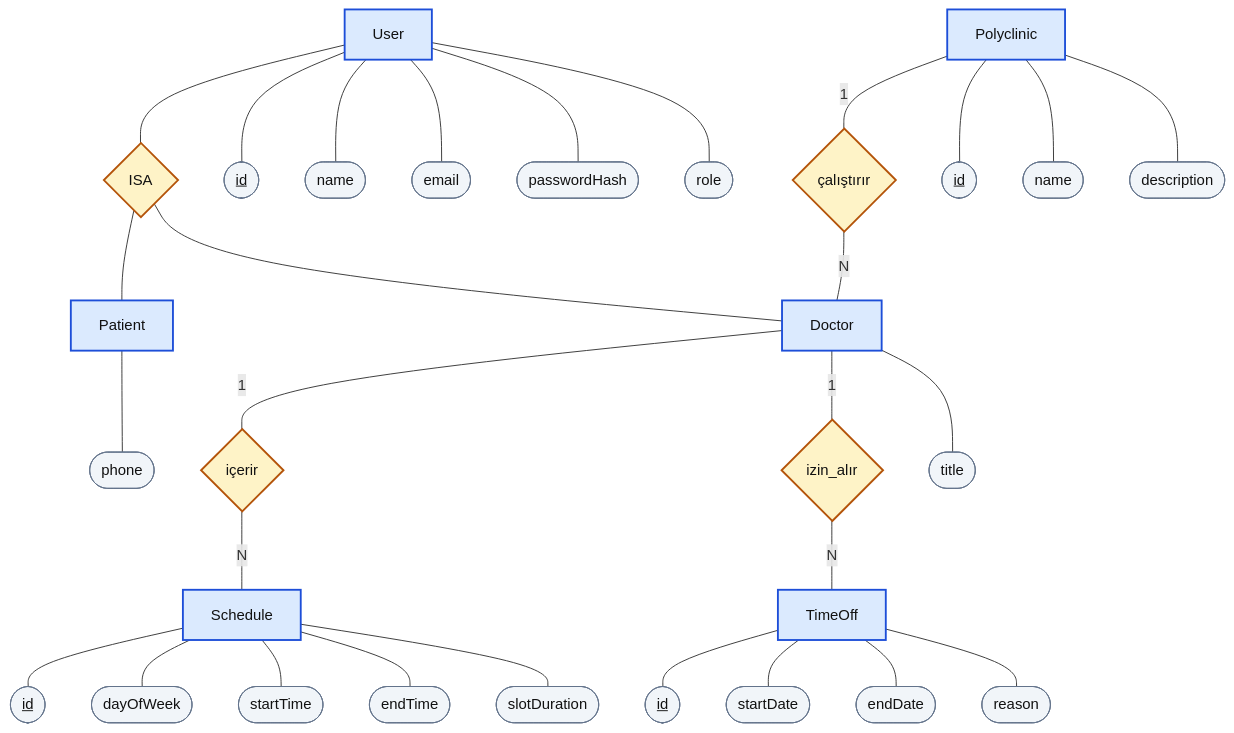
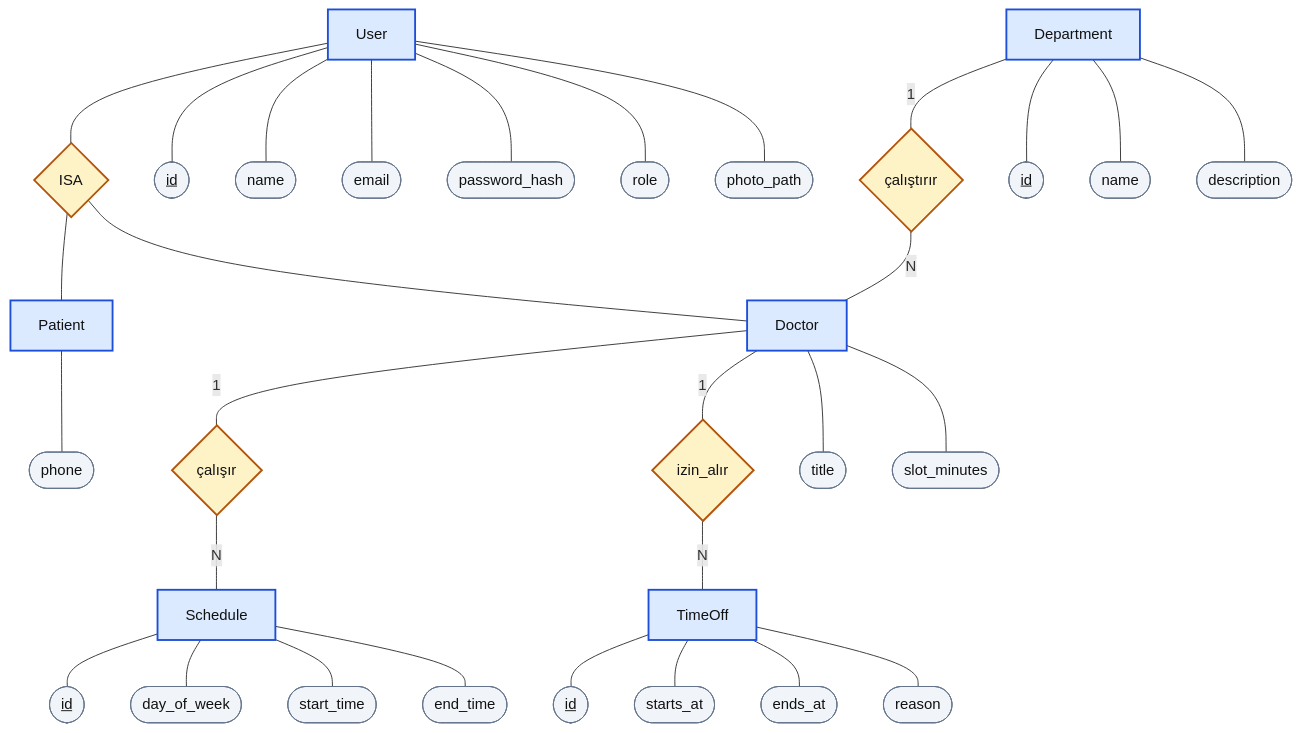
The fifth of 6 diagrams in docs/tasarim.md (denizugurgenc02/clinic-appointment-system), drawn with Mermaid before and after one commit. The commit also changed other lines of this file and 1 other file, not shown here.

````diff
--- a/docs/tasarim.md
+++ b/docs/tasarim.md
@@ -634,45 +557,46 @@
 ```mermaid
 flowchart TB
     USER[User]:::varlik
     PATIENT[Patient]:::varlik
     DOCTOR[Doctor]:::varlik
-    POLY[Polyclinic]:::varlik
+    DEPT[Department]:::varlik
     SCHED[Schedule]:::varlik
     TOFF[TimeOff]:::varlik
 
     ISA{ISA}:::iliski
     R_CAL{çalıştırır}:::iliski
-    R_ICR{içerir}:::iliski
+    R_ICR{çalışır}:::iliski
     R_IZN{izin_alır}:::iliski
 
     USER --- ISA
     ISA --- PATIENT
     ISA --- DOCTOR
-    POLY ---|1| R_CAL ---|N| DOCTOR
+    DEPT ---|1| R_CAL ---|N| DOCTOR
     DOCTOR ---|1| R_ICR ---|N| SCHED
     DOCTOR ---|1| R_IZN ---|N| TOFF
 
     USER --- u1(["<u>id</u>"]):::oznitelik
     USER --- u2(["name"]):::oznitelik
     USER --- u3(["email"]):::oznitelik
-    USER --- u4(["passwordHash"]):::oznitelik
+    USER --- u4(["password_hash"]):::oznitelik
     USER --- u5(["role"]):::oznitelik
+    USER --- u6(["photo_path"]):::oznitelik
     PATIENT --- p1(["phone"]):::oznitelik
     DOCTOR --- d1(["title"]):::oznitelik
-    POLY --- y1(["<u>id</u>"]):::oznitelik
-    POLY --- y2(["name"]):::oznitelik
-    POLY --- y3(["description"]):::oznitelik
+    DOCTOR --- d2(["slot_minutes"]):::oznitelik
+    DEPT --- y1(["<u>id</u>"]):::oznitelik
+    DEPT --- y2(["name"]):::oznitelik
+    DEPT --- y3(["description"]):::oznitelik
     SCHED --- s1(["<u>id</u>"]):::oznitelik
-    SCHED --- s2(["dayOfWeek"]):::oznitelik
-    SCHED --- s3(["startTime"]):::oznitelik
-    SCHED --- s4(["endTime"]):::oznitelik
-    SCHED --- s5(["slotDuration"]):::oznitelik
+    SCHED --- s2(["day_of_week"]):::oznitelik
+    SCHED --- s3(["start_time"]):::oznitelik
+    SCHED --- s4(["end_time"]):::oznitelik
     TOFF --- t1(["<u>id</u>"]):::oznitelik
-    TOFF --- t2(["startDate"]):::oznitelik
-    TOFF --- t3(["endDate"]):::oznitelik
+    TOFF --- t2(["starts_at"]):::oznitelik
+    TOFF --- t3(["ends_at"]):::oznitelik
     TOFF --- t4(["reason"]):::oznitelik
 
     classDef varlik fill:#dbeafe,stroke:#1d4ed8,stroke-width:2px,color:#111
     classDef iliski fill:#fef3c7,stroke:#b45309,stroke-width:2px,color:#111
     classDef oznitelik fill:#f1f5f9,stroke:#64748b,color:#111
 ```
````
